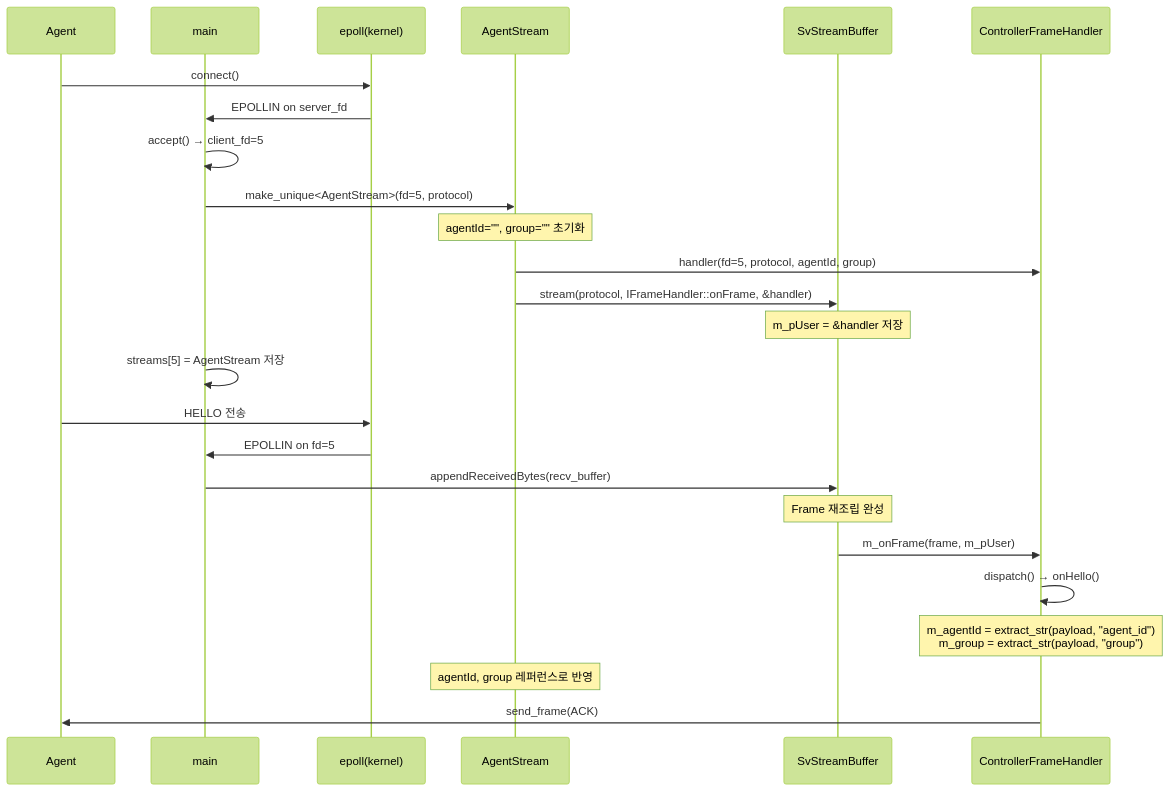
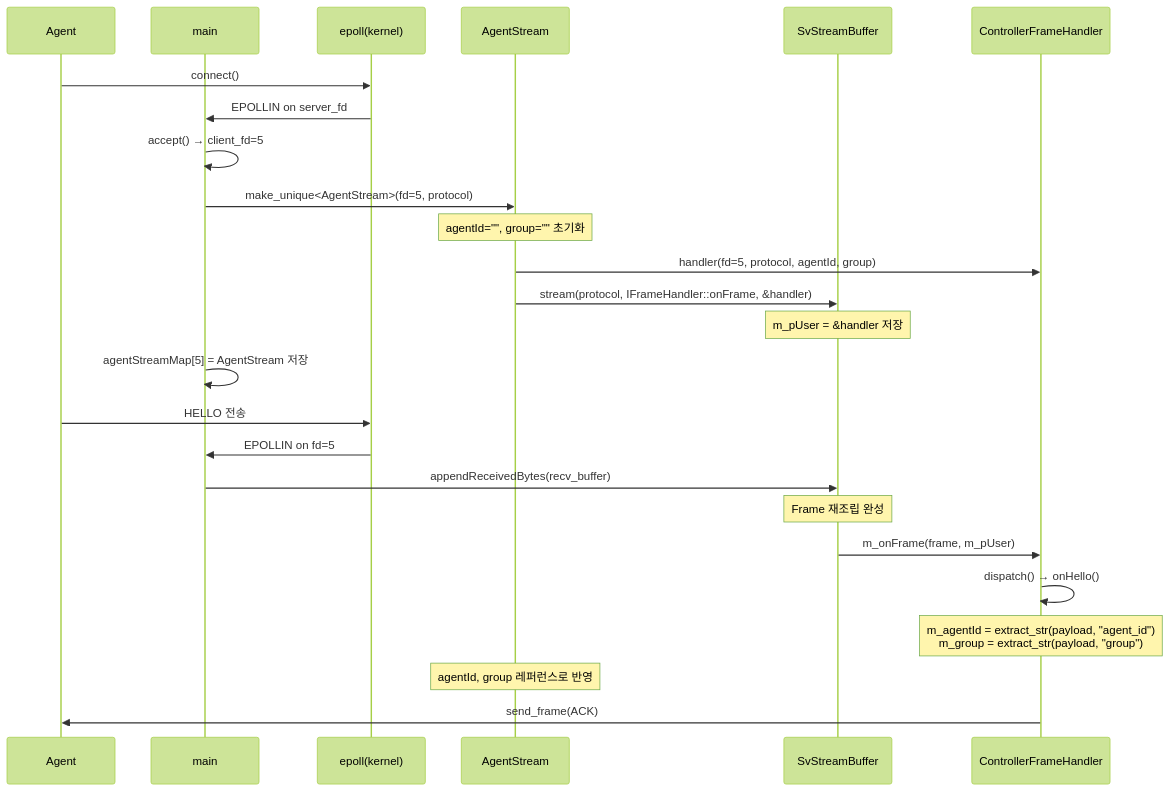
One commit to jinwoo-Sync/sv_assignment changed the diagram in DESIGN.md. Above: the diagram before and after it, drawn with Mermaid (forest theme). The commit also changed 1 other file, not shown here.

Commit message:
streams -> agentStreamMap으로 변수이름 변경 / 해당 변수가 무슨 역할을 하는지 이름만 보고도 이해할 수 있게 수정

````diff
--- a/DESIGN.md
+++ b/DESIGN.md
@@ -105,30 +105,30 @@
 ```mermaid
 sequenceDiagram
     participant Agent
     participant main
     participant epoll as epoll(kernel)
     participant AgentStream
     participant SvStreamBuffer
     participant ControllerFrameHandler
 
     Agent->>epoll: connect()
     epoll->>main: EPOLLIN on server_fd
     main->>main: accept() → client_fd=5
 
     main->>AgentStream: make_unique<AgentStream>(fd=5, protocol)
     Note over AgentStream: agentId="", group="" 초기화
     AgentStream->>ControllerFrameHandler: handler(fd=5, protocol, agentId, group)
     AgentStream->>SvStreamBuffer: stream(protocol, IFrameHandler::onFrame, &handler)
     Note over SvStreamBuffer: m_pUser = &handler 저장
-    main->>main: streams[5] = AgentStream 저장
+    main->>main: agentStreamMap[5] = AgentStream 저장
 
     Agent->>epoll: HELLO 전송
     epoll->>main: EPOLLIN on fd=5
     main->>SvStreamBuffer: appendReceivedBytes(recv_buffer)
     Note over SvStreamBuffer: Frame 재조립 완성
     SvStreamBuffer->>ControllerFrameHandler: m_onFrame(frame, m_pUser)
     ControllerFrameHandler->>ControllerFrameHandler: dispatch() → onHello()
     Note over ControllerFrameHandler: m_agentId = extract_str(payload, "agent_id")<br/>m_group = extract_str(payload, "group")
     Note over AgentStream: agentId, group 레퍼런스로 반영
     ControllerFrameHandler->>Agent: send_frame(ACK)
 ```
````
